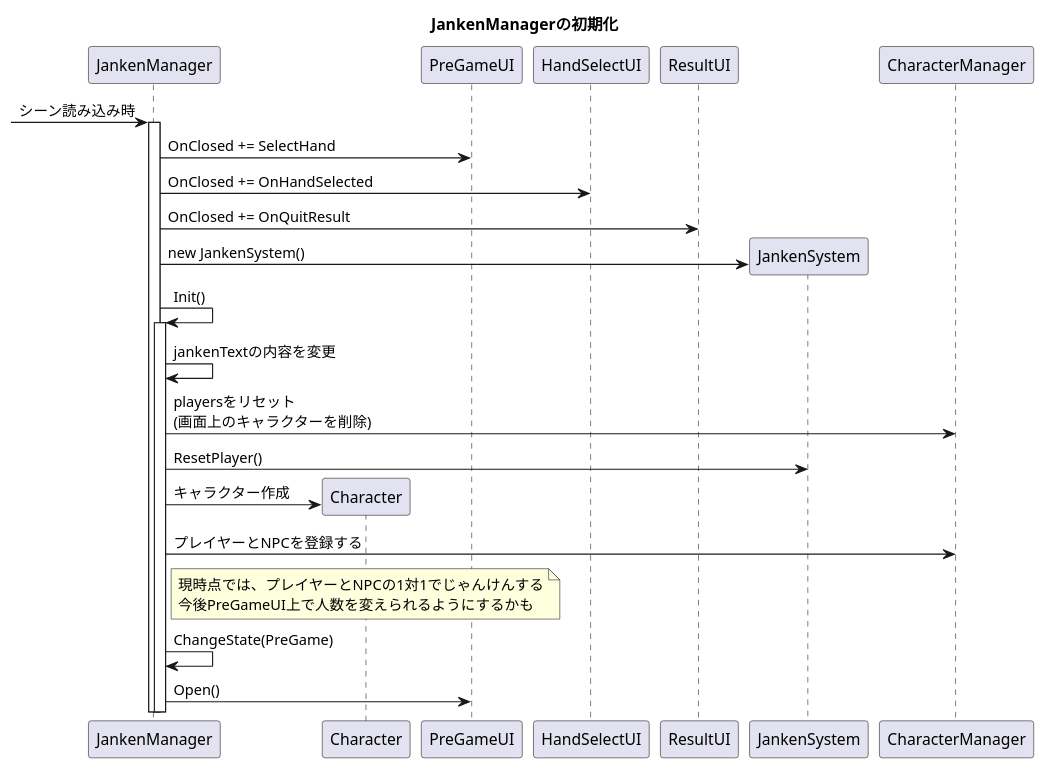
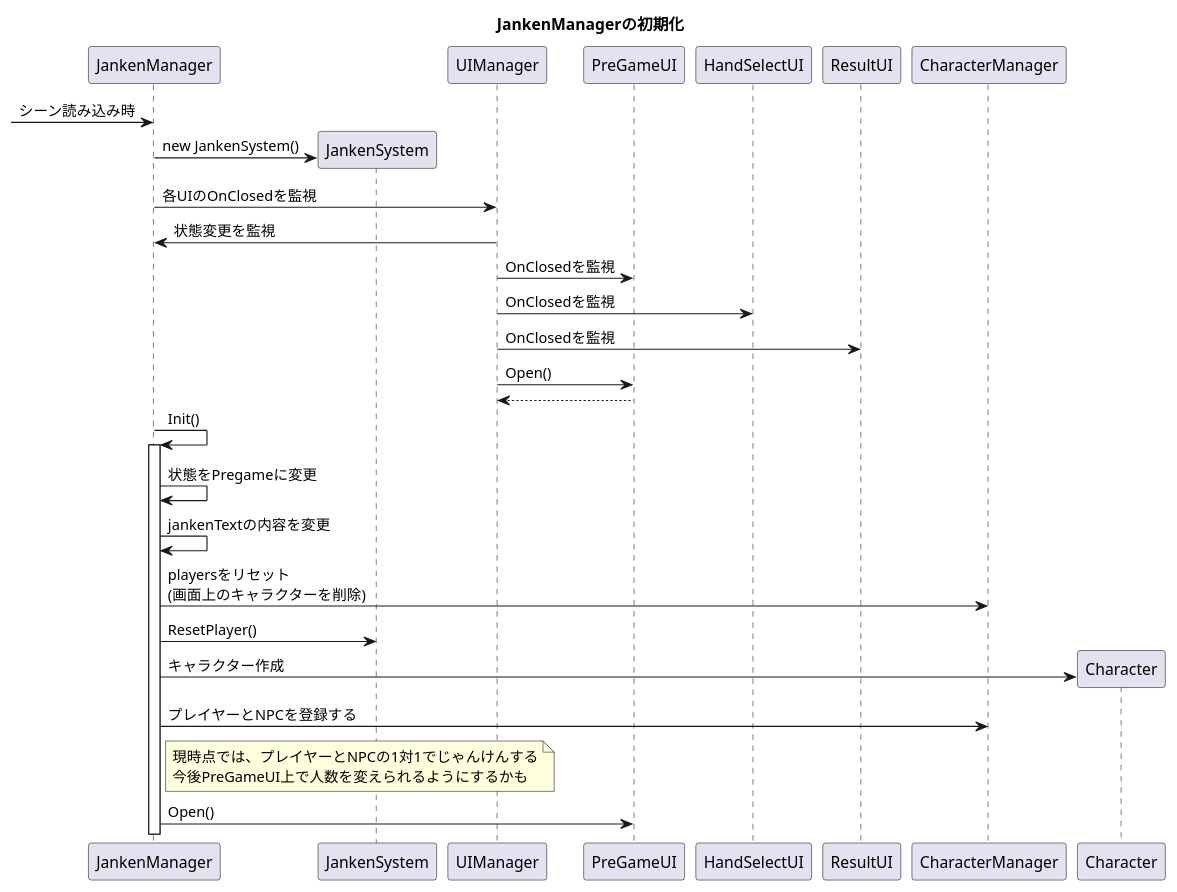
Before and after one commit to doragonn777/Minigames: the fifth of 11 diagrams in UML/Sequence/GameSequence.wsd, drawn with PlantUML. The commit also changed other lines of this file and 1 other file, not shown here.

```diff
--- a/UML/Sequence/GameSequence.wsd
+++ b/UML/Sequence/GameSequence.wsd
@@ -83,38 +83,46 @@
 @startuml
-participant JankenManager
-participant Character
-participant PreGameUI
-participant HandSelectUI
-participant ResultUI
+
 title JankenManagerの初期化
 
 -> JankenManager : シーン読み込み時
-activate JankenManager
+JankenManager -> JankenSystem ** : new JankenSystem()
 
-JankenManager -> PreGameUI : OnClosed += SelectHand
-JankenManager -> HandSelectUI : OnClosed += OnHandSelected
-JankenManager -> ResultUI : OnClosed += OnQuitResult
-JankenManager -> JankenSystem ** : new JankenSystem()
+
+JankenManager -> UIManager : 各UIのOnClosedを監視
+
+UIManager -> JankenManager : 状態変更を監視
+UIManager -> PreGameUI : OnClosedを監視
+UIManager -> HandSelectUI : OnClosedを監視
+UIManager -> ResultUI : OnClosedを監視
+UIManager -> PreGameUI : Open()
+
+
+
+
+
+return
 
 autoactivate on
 
 JankenManager -> JankenManager : Init()
 
 autoactivate off
+
+JankenManager -> JankenManager : 状態をPregameに変更
 
 JankenManager -> JankenManager : jankenTextの内容を変更
 
 JankenManager -> CharacterManager : playersをリセット\n(画面上のキャラクターを削除)
 
 JankenManager -> JankenSystem : ResetPlayer()
 
 JankenManager -> Character ** : キャラクター作成
 
 JankenManager -> CharacterManager : プレイヤーとNPCを登録する
 
 note right of JankenManager : 現時点では、プレイヤーとNPCの1対1でじゃんけんする\n今後PreGameUI上で人数を変えられるようにするかも
 
-JankenManager -> JankenManager : ChangeState(PreGame)
+
 
 JankenManager -> PreGameUI : Open()
 @enduml
```
